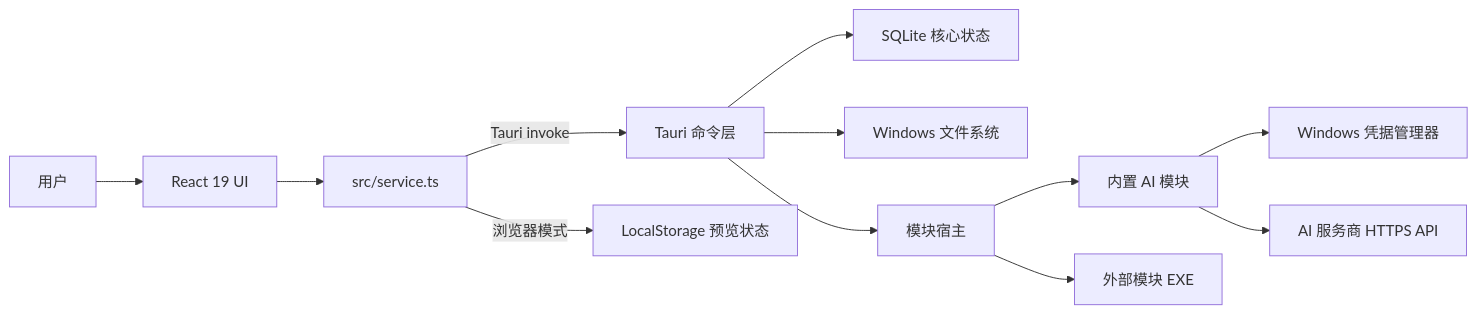
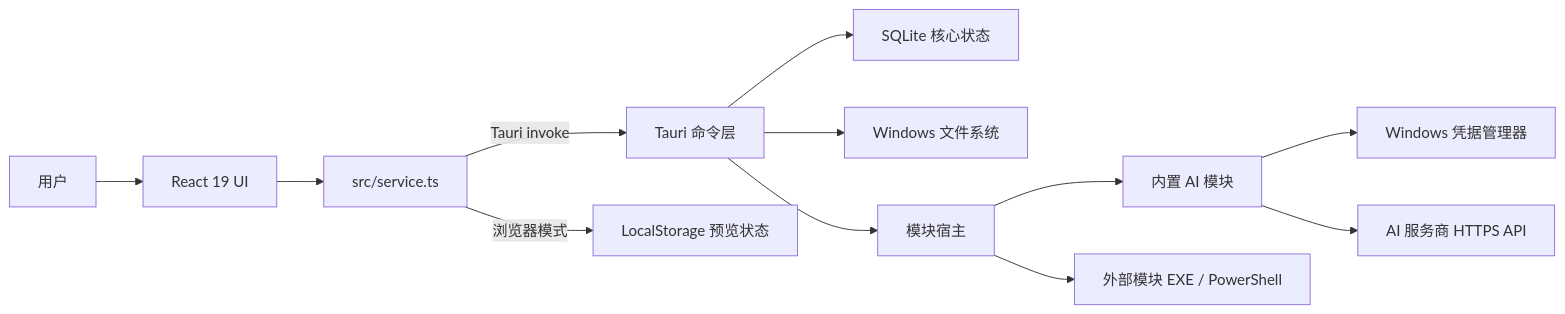
One commit to ZeyuZhao1/homework-manager changed the first of 6 diagrams in docs/ARCHITECTURE.md. Above: the diagram before and after it, drawn with Mermaid. The commit also changed other lines of this file and 57 other files, not shown here.

````diff
--- a/docs/ARCHITECTURE.md
+++ b/docs/ARCHITECTURE.md
@@ -16,14 +16,14 @@
 ```mermaid
 flowchart LR
     U[用户] --> UI[React 19 UI]
     UI --> S[src/service.ts]
     S -->|Tauri invoke| C[Tauri 命令层]
     S -->|浏览器模式| P[LocalStorage 预览状态]
     C --> DB[SQLite 核心状态]
     C --> FS[Windows 文件系统]
     C --> MH[模块宿主]
     MH --> BI[内置 AI 模块]
-    MH --> EX[外部模块 EXE]
+    MH --> EX[外部模块 EXE / PowerShell]
     BI --> KC[Windows 凭据管理器]
     BI --> AI[AI 服务商 HTTPS API]
 ```
````
